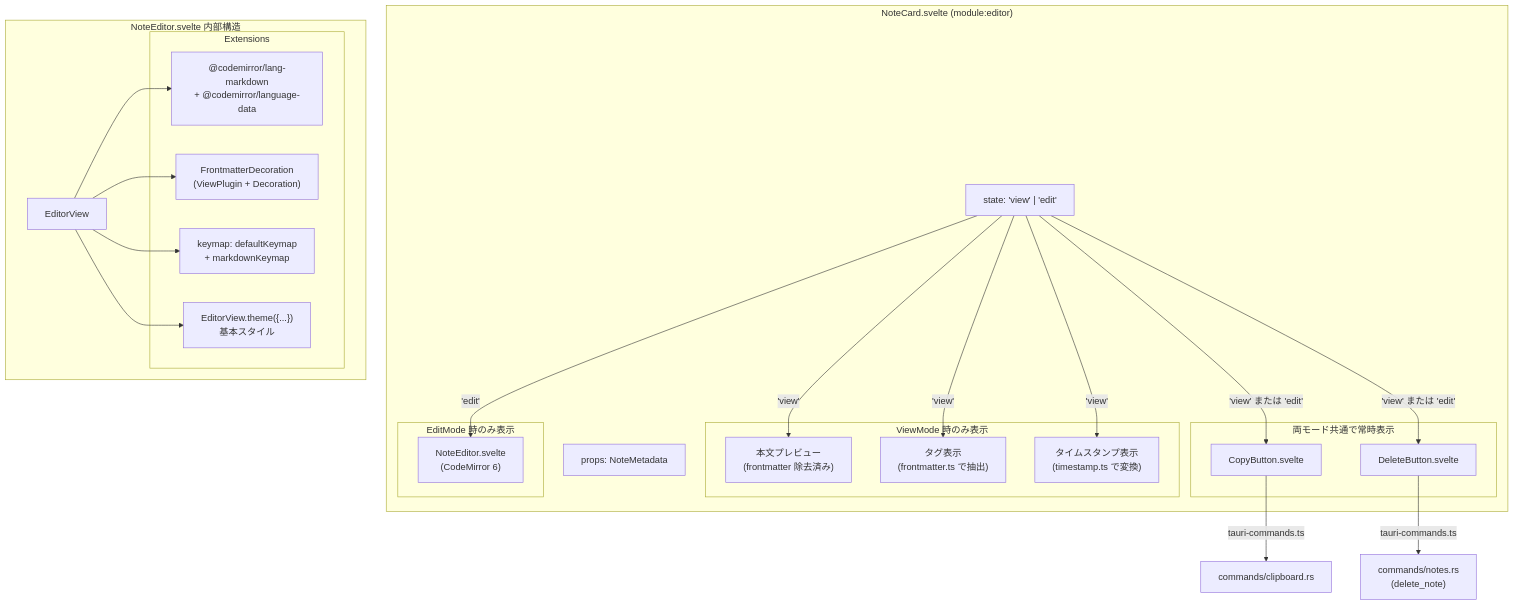
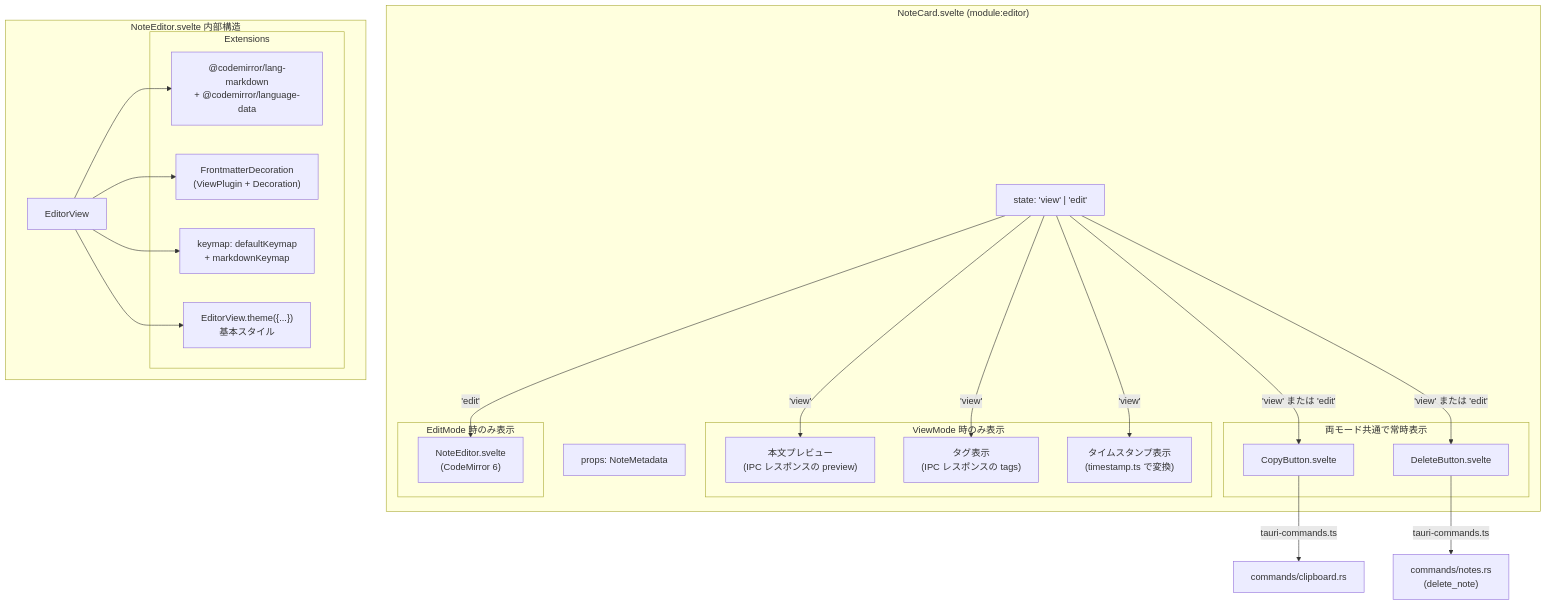
Before and after one commit to dev-komenzar/prompt-notes: the fourth of 4 diagrams in docs/detailed_design/editor_clipboard_design.md, drawn with Mermaid. The commit also changed other lines of this file and 8 other files, not shown here.

````diff
--- a/docs/detailed_design/editor_clipboard_design.md
+++ b/docs/detailed_design/editor_clipboard_design.md
@@ -210,46 +210,46 @@
 ```mermaid
 graph TB
     subgraph "NoteCard.svelte (module:editor)"
         NC_STATE["state: 'view' | 'edit'"]
         NC_META["props: NoteMetadata"]
 
         subgraph "両モード共通で常時表示"
             COPY_BTN["CopyButton.svelte"]
             DEL_BTN["DeleteButton.svelte"]
         end
 
         subgraph "ViewMode 時のみ表示"
-            BODY_PREVIEW["本文プレビュー<br/>(frontmatter 除去済み)"]
-            TAG_DISPLAY["タグ表示<br/>(frontmatter.ts で抽出)"]
+            BODY_PREVIEW["本文プレビュー<br/>(IPC レスポンスの preview)"]
+            TAG_DISPLAY["タグ表示<br/>(IPC レスポンスの tags)"]
             TIMESTAMP["タイムスタンプ表示<br/>(timestamp.ts で変換)"]
         end
 
         subgraph "EditMode 時のみ表示"
             EDITOR["NoteEditor.svelte<br/>(CodeMirror 6)"]
         end
     end
 
     subgraph "NoteEditor.svelte 内部構造"
         CM["EditorView"]
         subgraph "Extensions"
             MD_LANG["@codemirror/lang-markdown<br/>+ @codemirror/language-data"]
             FM_DECO["FrontmatterDecoration<br/>(ViewPlugin + Decoration)"]
             KEYMAP["keymap: defaultKeymap<br/>+ markdownKeymap"]
             THEME["EditorView.theme({...})<br/>基本スタイル"]
         end
         CM --> MD_LANG
         CM --> FM_DECO
         CM --> KEYMAP
         CM --> THEME
     end
 
     NC_STATE -->|"'view'"| BODY_PREVIEW
     NC_STATE -->|"'view'"| TAG_DISPLAY
     NC_STATE -->|"'view'"| TIMESTAMP
     NC_STATE -->|"'view' または 'edit'"| COPY_BTN
     NC_STATE -->|"'view' または 'edit'"| DEL_BTN
     NC_STATE -->|"'edit'"| EDITOR
 
     COPY_BTN -->|"tauri-commands.ts"| IPC_CLIP["commands/clipboard.rs"]
     DEL_BTN -->|"tauri-commands.ts"| IPC_DEL["commands/notes.rs<br/>(delete_note)"]
 ```
````
